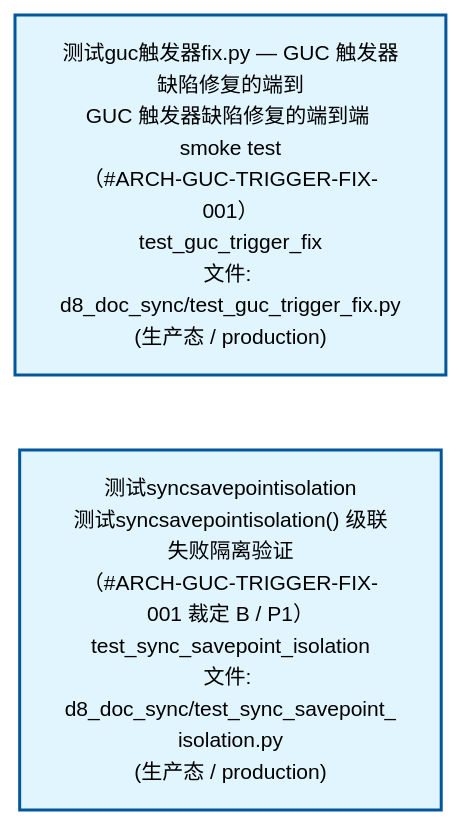
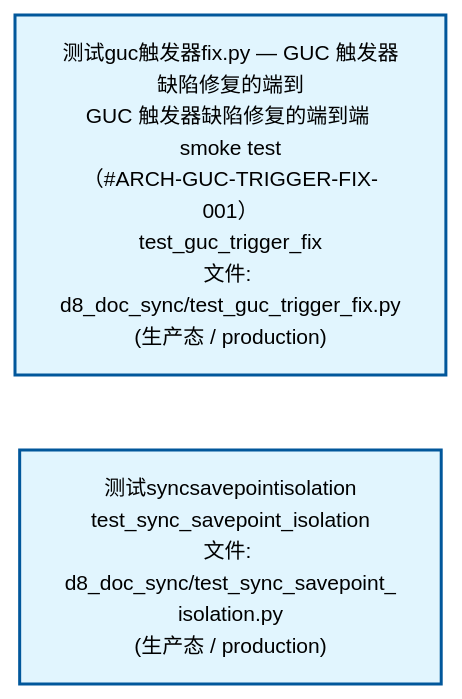
One commit to xuanFelixVan/ZephyrAlpha changed the second of 4 diagrams in docs/02_enterprise_architecture/02_domain_architecture_docs/51_d_gov_docs.md. Above: the diagram before and after it, drawn with Mermaid. The commit also changed other lines of this file and 61 other files, not shown here.

````diff
--- a/docs/02_enterprise_architecture/02_domain_architecture_docs/51_d_gov_docs.md
+++ b/docs/02_enterprise_architecture/02_domain_architecture_docs/51_d_gov_docs.md
@@ -124,12 +124,12 @@
 ```mermaid
 %%{init: {'theme': 'base', 'themeVariables': {'primaryColor': '#eaeaea', 'primaryTextColor': '#333333', 'primaryBorderColor': '#666666', 'lineColor': '#666666', 'secondaryColor': '#eaeaea', 'tertiaryColor': '#eaeaea', 'fontSize': '14px'}}}%%
 flowchart TD
     tests_governance_d8_doc_sync_test_guc_trigger_fix_py["测试guc触发器fix.py — GUC 触发器缺陷修复的端到<br/>GUC 触发器缺陷修复的端到端 smoke test<br/>（#ARCH-GUC-TRIGGER-FIX-001）<br/>test_guc_trigger_fix<br/>文件: d8_doc_sync/test_guc_trigger_fix.py<br/>(生产态 / production)"]
-    tests_governance_d8_doc_sync_test_sync_savepoint_isolation_py["测试syncsavepointisolation<br/>测试syncsavepointisolation() 级联失败隔离验证<br/>（#ARCH-GUC-TRIGGER-FIX-001 裁定 B / P1）<br/>test_sync_savepoint_isolation<br/>文件: d8_doc_sync/test_sync_savepoint_<br/>isolation.py<br/>(生产态 / production)"]
+    tests_governance_d8_doc_sync_test_sync_savepoint_isolation_py["测试syncsavepointisolation<br/>test_sync_savepoint_isolation<br/>文件: d8_doc_sync/test_sync_savepoint_<br/>isolation.py<br/>(生产态 / production)"]
     tests_governance_d8_doc_sync_test_guc_trigger_fix_py ~~~ tests_governance_d8_doc_sync_test_sync_savepoint_isolation_py
     classDef production fill:#e1f5fe,stroke:#01579b,stroke-width:2px,color:#000
     classDef design fill:#fff3e0,stroke:#e65100,stroke-width:2px,color:#000,stroke-dasharray: 5 5
     classDef external_prod fill:#e8f4fd,stroke:#0277bd,stroke-width:1px,color:#000
     classDef external_design fill:#fff8e7,stroke:#ef6c00,stroke-width:1px,color:#000,stroke-dasharray: 5 5
     class tests_governance_d8_doc_sync_test_guc_trigger_fix_py,tests_governance_d8_doc_sync_test_sync_savepoint_isolation_py production
 ```
````
